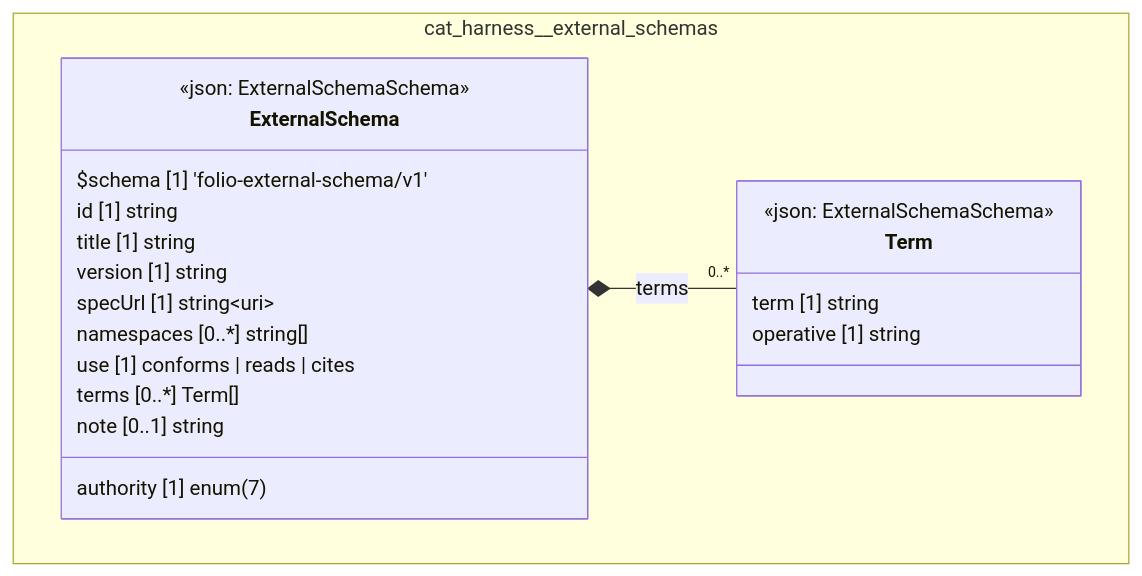
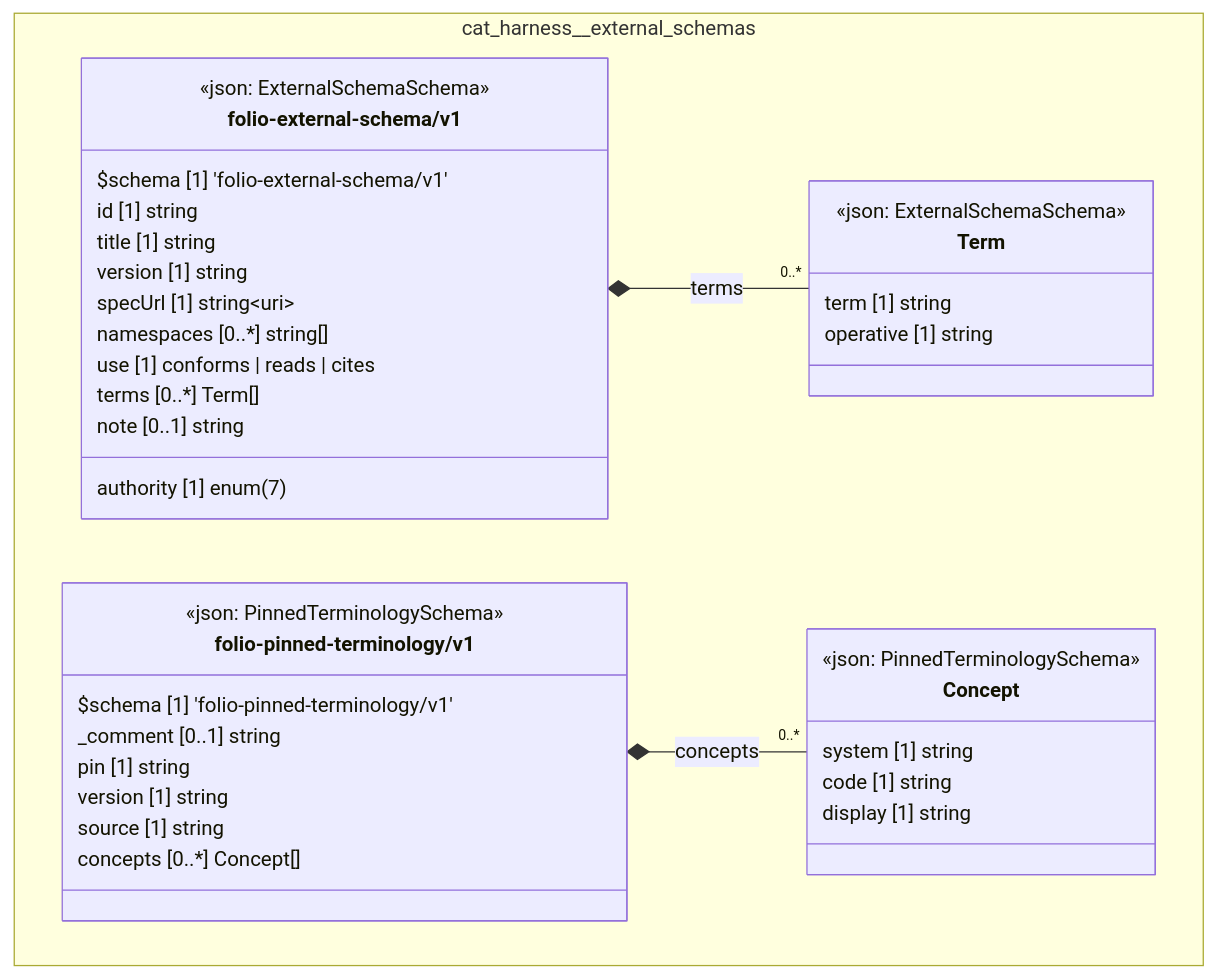
One commit to litlfred/folio-assistant changed the diagram in cat-harness/docs/uml/overview/cat-harness/external-schemas.md. Above: the diagram before and after it, drawn with Mermaid. The commit also changed other lines of this file and 22 other files, not shown here.

First line of the commit message:
external-schemas/ holds TWO families now — classify by $schema, never by extension

````diff
--- a/cat-harness/docs/uml/overview/cat-harness/external-schemas.md
+++ b/cat-harness/docs/uml/overview/cat-harness/external-schemas.md
@@ -42,27 +42,45 @@
 ```mermaid
 classDiagram
   direction TB
   namespace cat_harness__external_schemas {
-    class cat_harness_external_schemas_Term["Term"] {
+    class cat_harness_external_schemas_folio_external_schema_v1_Term["Term"] {
       <<json: ExternalSchemaSchema>>
       term [1] string
       operative [1] string
     }
-    class cat_harness_external_schemas_ExternalSchema["ExternalSchema"] {
+    class cat_harness_external_schemas_folio_external_schema_v1_folio_external_schema_v1["folio-external-schema/v1"] {
       <<json: ExternalSchemaSchema>>
       $schema [1] 'folio-external-schema/v1'
       id [1] string
       authority [1] enum(7)
       title [1] string
       version [1] string
       specUrl [1] string~uri~
       namespaces [0..*] string[]
       use [1] conforms | reads | cites
       terms [0..*] Term[]
       note [0..1] string
     }
+    class cat_harness_external_schemas_folio_pinned_terminology_v1_Concept["Concept"] {
+      <<json: PinnedTerminologySchema>>
+      system [1] string
+      code [1] string
+      display [1] string
+    }
+    class cat_harness_external_schemas_folio_pinned_terminology_v1_folio_pinned_terminology_v1["folio-pinned-terminology/v1"] {
+      <<json: PinnedTerminologySchema>>
+      $schema [1] 'folio-pinned-terminology/v1'
+      _comment [0..1] string
+      pin [1] string
+      version [1] string
+      source [1] string
+      concepts [0..*] Concept[]
+    }
   }
-  cat_harness_external_schemas_ExternalSchema *-- "0..*" cat_harness_external_schemas_Term : terms
-  cssClass "cat_harness_external_schemas_Term" fa_uml_kind_external_schema
-  cssClass "cat_harness_external_schemas_ExternalSchema" fa_uml_kind_external_schema
+  cat_harness_external_schemas_folio_external_schema_v1_folio_external_schema_v1 *-- "0..*" cat_harness_external_schemas_folio_external_schema_v1_Term : terms
+  cat_harness_external_schemas_folio_pinned_terminology_v1_folio_pinned_terminology_v1 *-- "0..*" cat_harness_external_schemas_folio_pinned_terminology_v1_Concept : concepts
+  cssClass "cat_harness_external_schemas_folio_external_schema_v1_Term" fa_uml_kind_external_schema
+  cssClass "cat_harness_external_schemas_folio_external_schema_v1_folio_external_schema_v1" fa_uml_kind_external_schema
+  cssClass "cat_harness_external_schemas_folio_pinned_terminology_v1_Concept" fa_uml_kind_external_schema
+  cssClass "cat_harness_external_schemas_folio_pinned_terminology_v1_folio_pinned_terminology_v1" fa_uml_kind_external_schema
 ```
````
